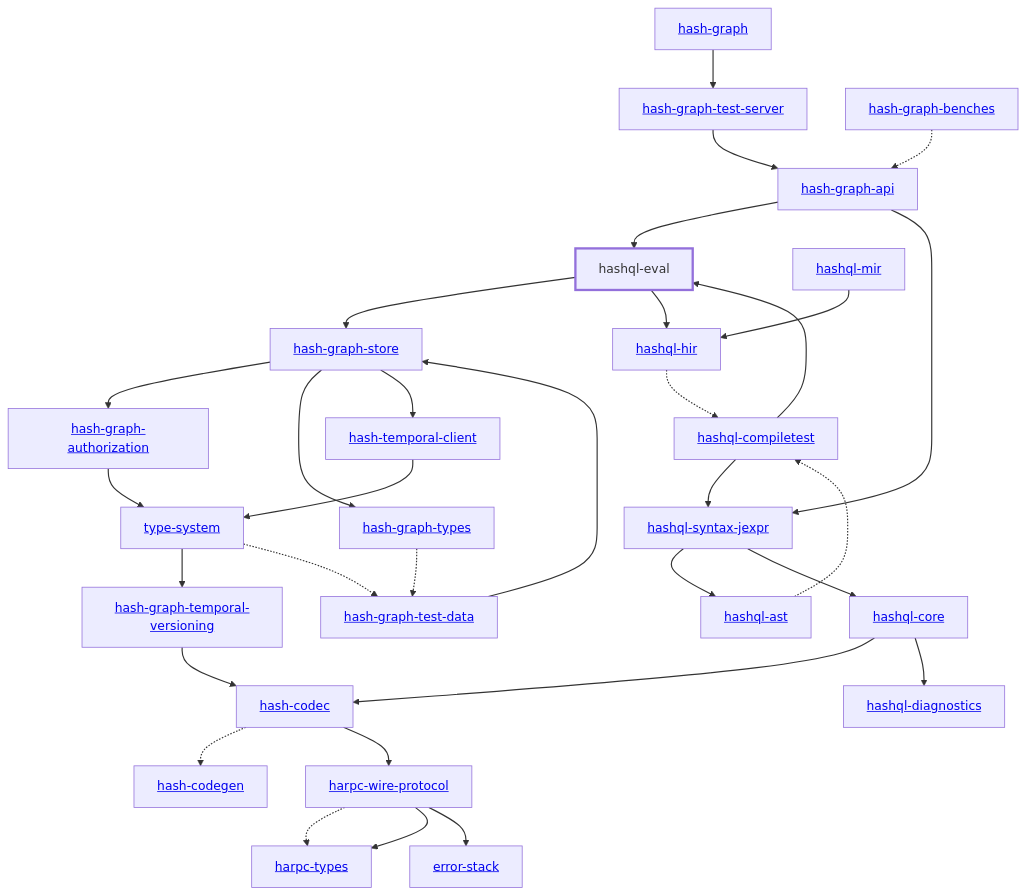
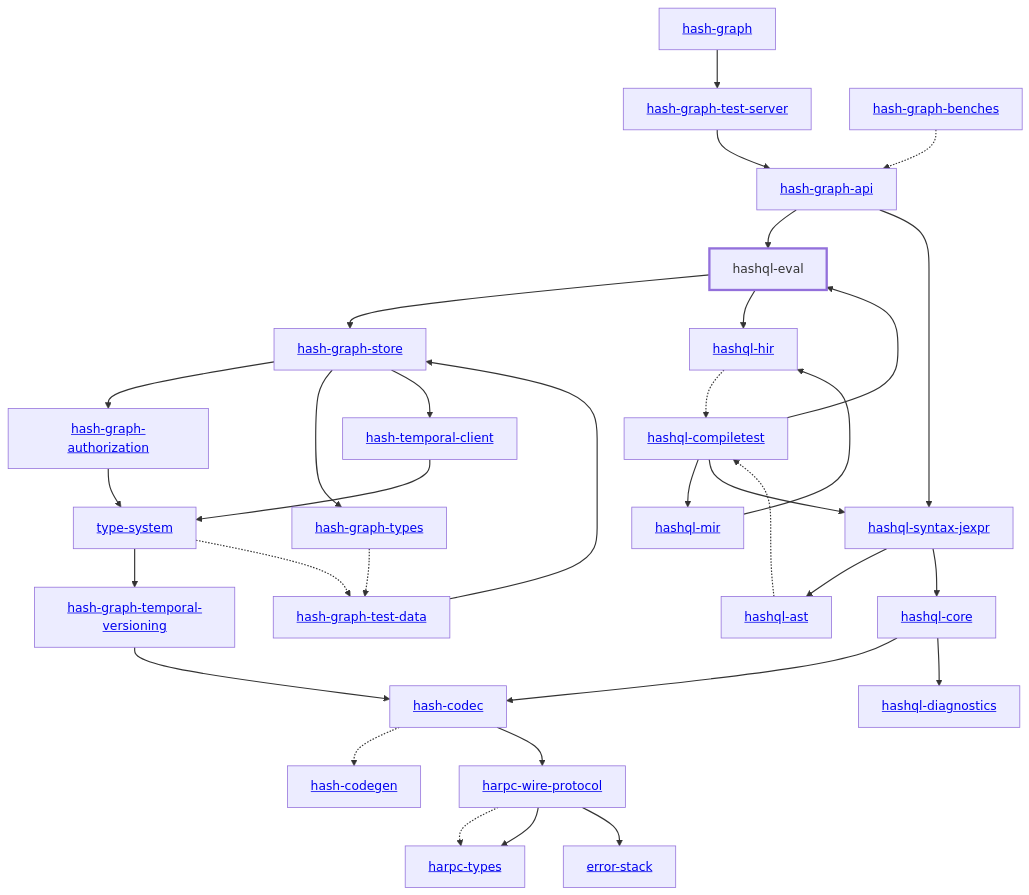
The diagram in libs/@local/hashql/eval/docs/dependency-diagram.mmd (hashintel/hash), drawn with Mermaid before and after one commit. The commit also changed 22 other files, not shown here.

Commit message:
fix: dependency diagram

```diff
--- a/libs/@local/hashql/eval/docs/dependency-diagram.mmd
+++ b/libs/@local/hashql/eval/docs/dependency-diagram.mmd
@@ -1,66 +1,67 @@
 graph TD
     linkStyle default stroke-width:1.5px
     classDef default stroke-width:1px
     classDef root stroke-width:3px
     classDef dev stroke-width:1px
     classDef build stroke-width:1px
     %% Legend
     %% --> : Normal dependency
     %% -.-> : Dev dependency
     %% ---> : Build dependency
     0[<a href="../hash_graph/index.html">hash-graph</a>]
     1[<a href="../type_system/index.html">type-system</a>]
     2[<a href="../hash_codec/index.html">hash-codec</a>]
     3[<a href="../hash_codegen/index.html">hash-codegen</a>]
     4[<a href="../hash_graph_api/index.html">hash-graph-api</a>]
     5[<a href="../hash_graph_authorization/index.html">hash-graph-authorization</a>]
     6[<a href="../hash_graph_store/index.html">hash-graph-store</a>]
     7[<a href="../hash_graph_temporal_versioning/index.html">hash-graph-temporal-versioning</a>]
     8[<a href="../hash_graph_test_server/index.html">hash-graph-test-server</a>]
     9[<a href="../hash_graph_types/index.html">hash-graph-types</a>]
     10[<a href="../harpc_types/index.html">harpc-types</a>]
     11[<a href="../harpc_wire_protocol/index.html">harpc-wire-protocol</a>]
     12[<a href="../hashql_ast/index.html">hashql-ast</a>]
     13[<a href="../hashql_compiletest/index.html">hashql-compiletest</a>]
     14[<a href="../hashql_core/index.html">hashql-core</a>]
     15[<a href="../hashql_diagnostics/index.html">hashql-diagnostics</a>]
     16[hashql-eval]
     class 16 root
     17[<a href="../hashql_hir/index.html">hashql-hir</a>]
     18[<a href="../hashql_mir/index.html">hashql-mir</a>]
     19[<a href="../hashql_syntax_jexpr/index.html">hashql-syntax-jexpr</a>]
     20[<a href="../hash_temporal_client/index.html">hash-temporal-client</a>]
     21[<a href="../error_stack/index.html">error-stack</a>]
     22[<a href="../hash_graph_benches/index.html">hash-graph-benches</a>]
     23[<a href="../hash_graph_test_data/index.html">hash-graph-test-data</a>]
     0 --> 8
     1 --> 7
     1 -.-> 23
     2 -.-> 3
     2 --> 11
     4 --> 16
     4 --> 19
     5 --> 1
     6 --> 5
     6 --> 9
     6 --> 20
     7 --> 2
     8 --> 4
     9 -.-> 23
     11 -.-> 10
     11 --> 10
     11 --> 21
     12 -.-> 13
     13 --> 16
+    13 --> 18
     13 --> 19
     14 --> 2
     14 --> 15
     16 --> 6
     16 --> 17
     17 -.-> 13
     18 --> 17
     19 --> 12
     19 --> 14
     20 --> 1
     22 -.-> 4
     23 --> 6
```
